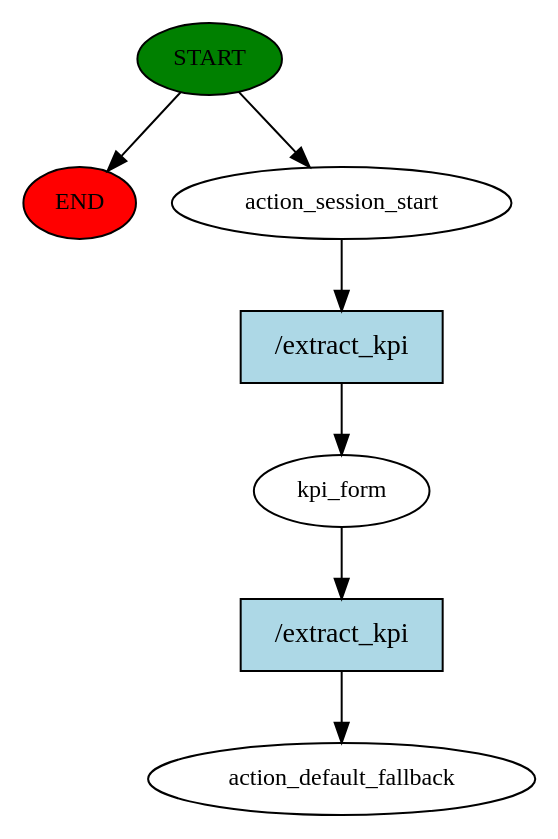
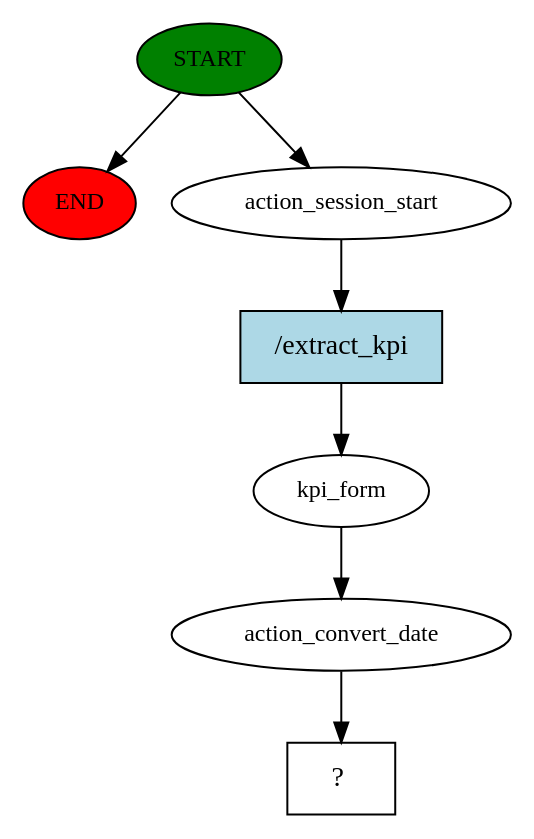
The diagram in story_graph.dot (yuqiong11/kpichat), drawn with Graphviz before and after one commit. The commit also changed 7 other files, not shown here.

```diff
--- a/story_graph.dot
+++ b/story_graph.dot
@@ -1,15 +1,15 @@
 digraph  {
 0 [class="start active", fillcolor=green, fontsize=12, label=START, style=filled];
 "-1" [class=end, fillcolor=red, fontsize=12, label=END, style=filled];
 1 [class=active, fontsize=12, label=action_session_start];
 2 [class=active, fontsize=12, label=kpi_form];
-3 [class="dashed active", fontsize=12, label=action_default_fallback];
-4 [class="intent active", fillcolor=lightblue, label="/extract_kpi", shape=rect, style=filled];
+3 [class=active, fontsize=12, label=action_convert_date];
+4 [class="intent dashed active", label="  ?  ", shape=rect];
 5 [class="intent active", fillcolor=lightblue, label="/extract_kpi", shape=rect, style=filled];
 0 -> "-1"  [class="", key=NONE, label=""];
 0 -> 1  [class=active, key=NONE, label=""];
-1 -> 4  [class=active, key=0];
-2 -> 5  [class=active, key=0];
-4 -> 2  [class=active, key=0];
-5 -> 3  [class=active, key=0];
+1 -> 5  [class=active, key=0];
+2 -> 3  [class=active, key=NONE, label=""];
+3 -> 4  [class=active, key=NONE, label=""];
+5 -> 2  [class=active, key=0];
 }
```
